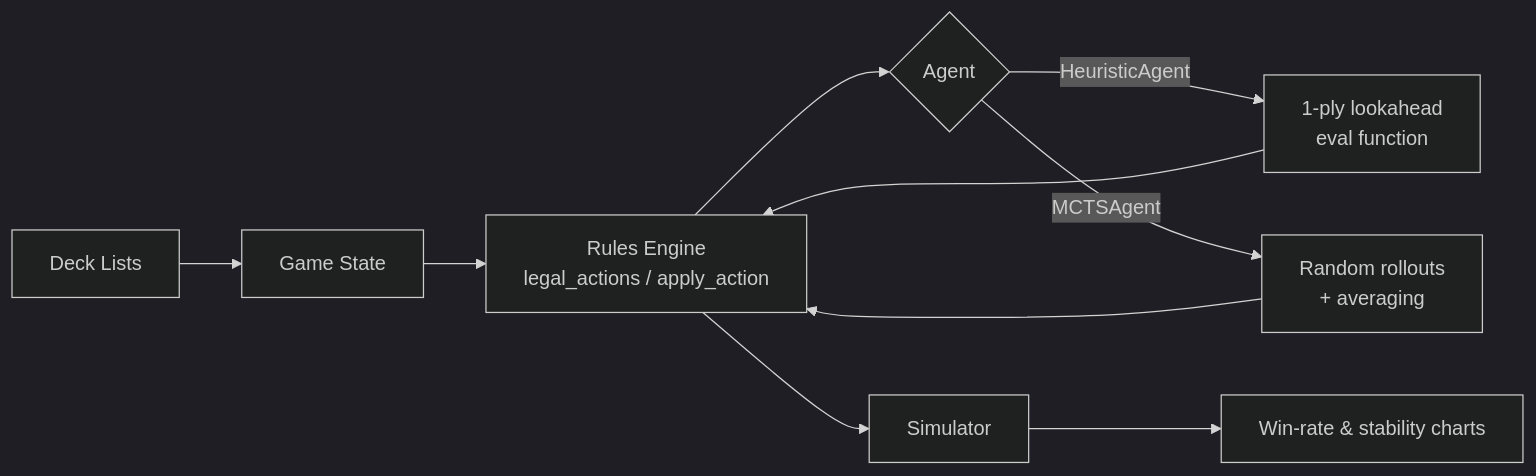
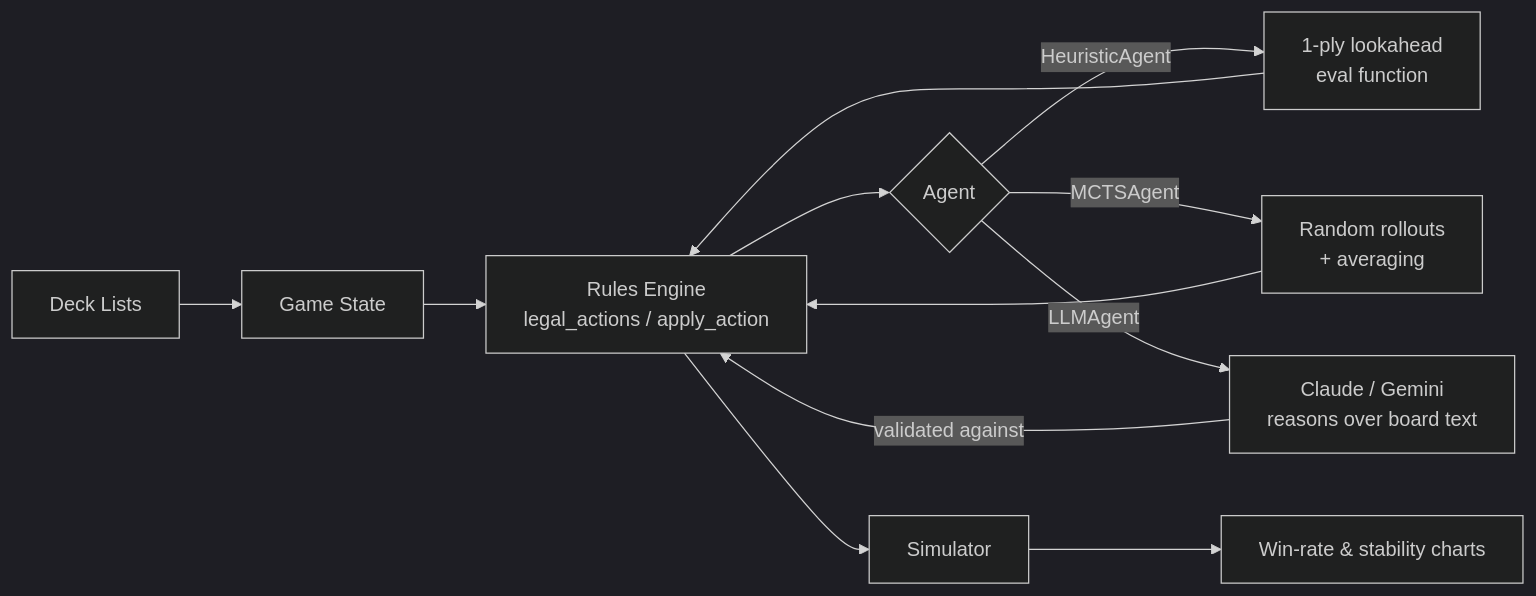
The diagram in README.md (code-paul-creator/PTCG-AI-Battle-Challenge), drawn with Mermaid (dark theme) before and after one commit. The commit also changed other lines of this file, not shown here.

First line of the commit message:
Add LLMAgent details and update agent descriptions

````diff
--- a/README.md
+++ b/README.md
@@ -34,12 +34,14 @@
 ```mermaid
 flowchart LR
     A[Deck Lists] --> B[Game State]
     B --> C[Rules Engine<br/>legal_actions / apply_action]
     C --> D{Agent}
     D -->|HeuristicAgent| E[1-ply lookahead<br/>eval function]
     D -->|MCTSAgent| F[Random rollouts<br/>+ averaging]
+    D -->|LLMAgent| I[Claude / Gemini<br/>reasons over board text]
+    I -->|validated against| C
     E --> C
     F --> C
     C --> G[Simulator]
     G --> H[Win-rate & stability charts]
 ```
````
